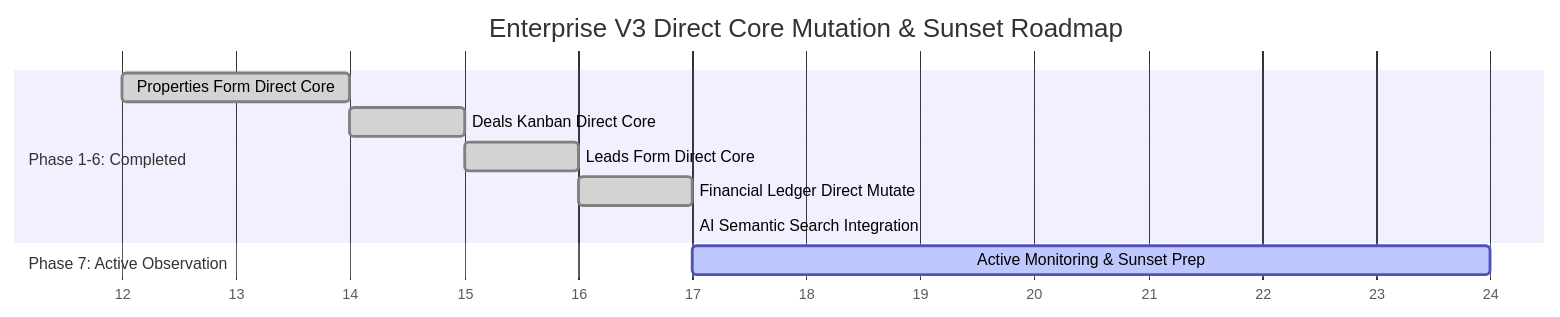
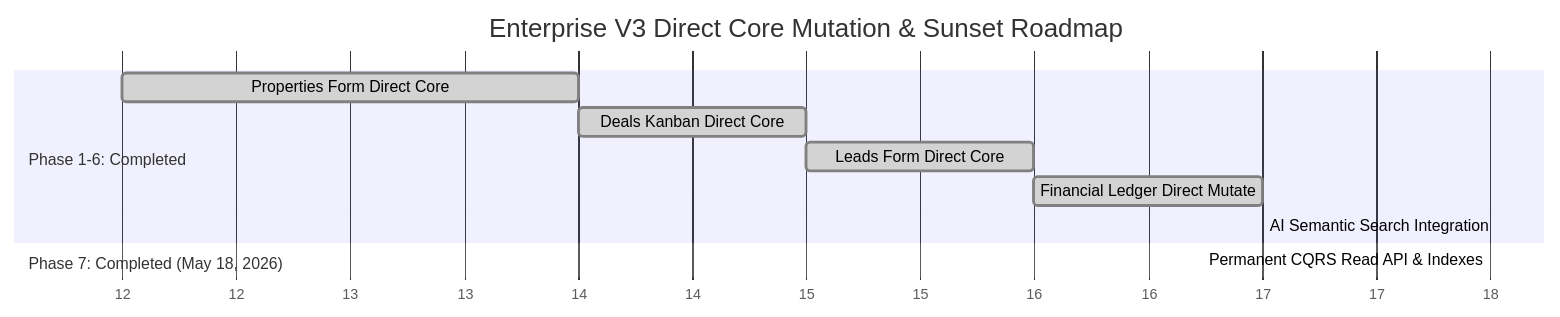
Before and after one commit to CazadorHT/realestate-crm: the second of 2 diagrams in v3-database/v3_repository_audit_report.md, drawn with Mermaid. The commit also changed other lines of this file and 8 other files, not shown here.

````diff
--- a/v3-database/v3_repository_audit_report.md
+++ b/v3-database/v3_repository_audit_report.md
@@ -84,14 +85,14 @@
 ```mermaid
 gantt
     title Enterprise V3 Direct Core Mutation & Sunset Roadmap
     dateFormat  YYYY-MM-DD
     axisFormat %d
     section Phase 1-6: Completed
     Properties Form Direct Core       :done, a1, 2026-05-12, 2026-05-14
     Deals Kanban Direct Core          :done, a2, 2026-05-14, 2026-05-15
     Leads Form Direct Core            :done, a3, 2026-05-15, 2026-05-16
     Financial Ledger Direct Mutate    :done, b1, 2026-05-16, 2026-05-17
     AI Semantic Search Integration    :done, b2, 2026-05-17, 2026-05-17
-    section Phase 7: Active Observation
-    Active Monitoring & Sunset Prep   :active, c1, 2026-05-17, 7d
+    section Phase 7: Completed (May 18, 2026)
+    Permanent CQRS Read API & Indexes :done, c1, 2026-05-18, 2026-05-18
 ```
````
